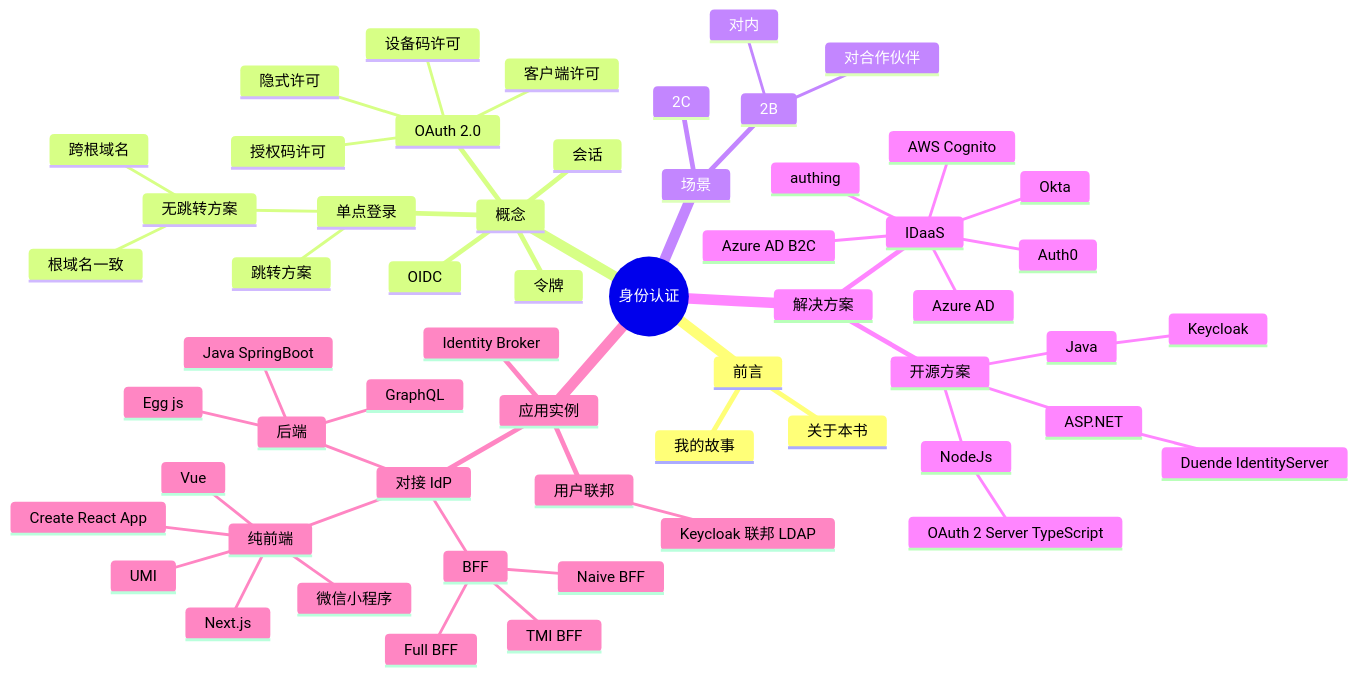
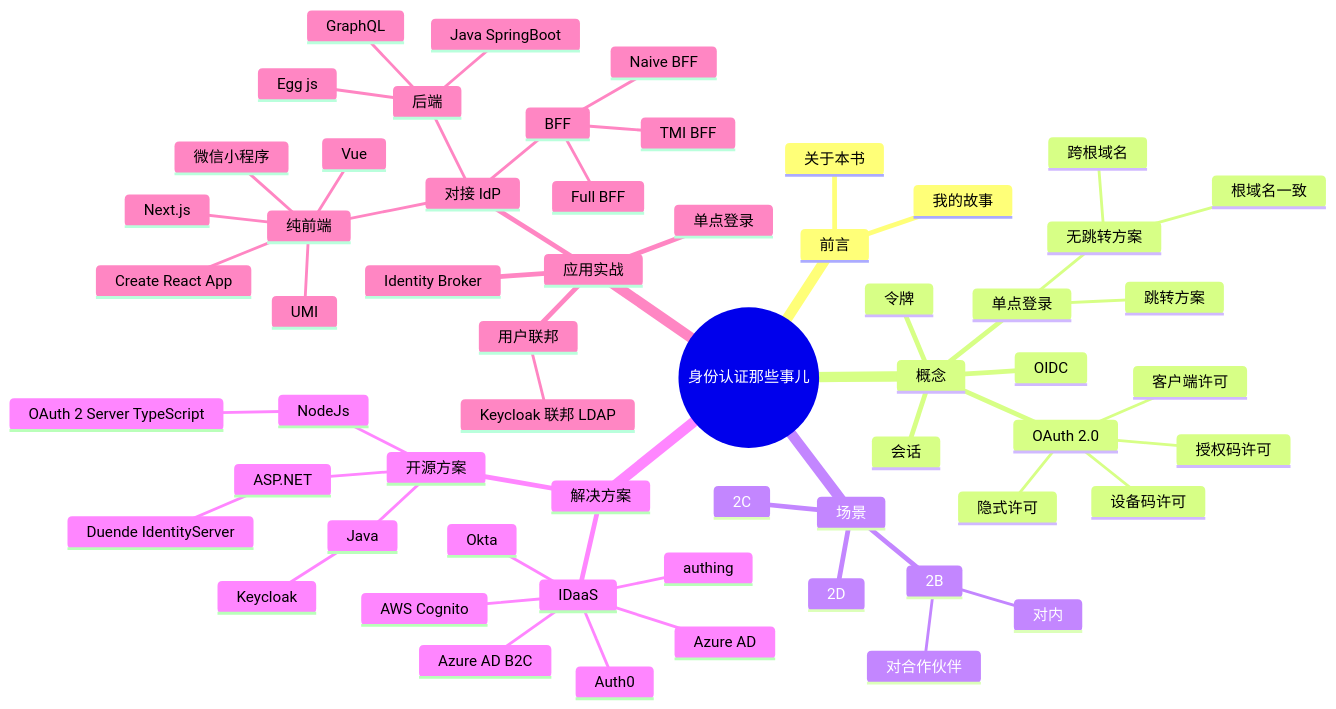
The first of 2 diagrams in docs/idea.md (Jeff-Tian/AllAboutIdentity), drawn with Mermaid before and after one commit.

````diff
--- a/docs/idea.md
+++ b/docs/idea.md
@@ -5,60 +5,62 @@
 ```mermaid
 mindmap
-  root((身份认证))
+  root((身份认证那些事儿))
     前言
       我的故事
       关于本书
     概念
       会话
       令牌
       OAuth 2.0
         授权码许可
         客户端许可
         隐式许可
         设备码许可
       OIDC
       单点登录
         跳转方案
         无跳转方案
           根域名一致
           跨根域名
     场景
       2B
         对内
         对合作伙伴
       2C
+      2D
     解决方案
       IDaaS
         authing
         Okta
         Auth0
         Azure AD
         Azure AD B2C
         AWS Cognito
       开源方案
         Java
           Keycloak
         ASP.NET
           Duende IdentityServer
         NodeJs
           OAuth 2 Server TypeScript
-    应用实例
+    应用实战
       对接 IdP
         纯前端
           UMI
           Next.js
           Create React App
           Vue
           微信小程序
         BFF
           Naive BFF
           TMI BFF
           Full BFF
         后端
           Java SpringBoot
           Egg js
           GraphQL
       用户联邦
         Keycloak 联邦 LDAP
       Identity Broker
+      单点登录
 ```
````
